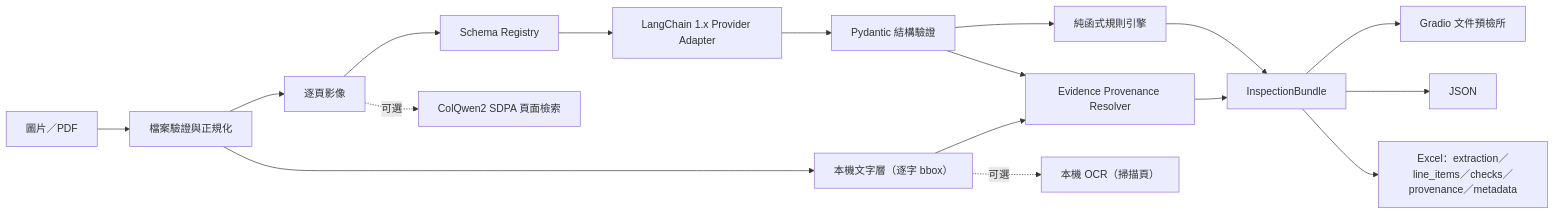
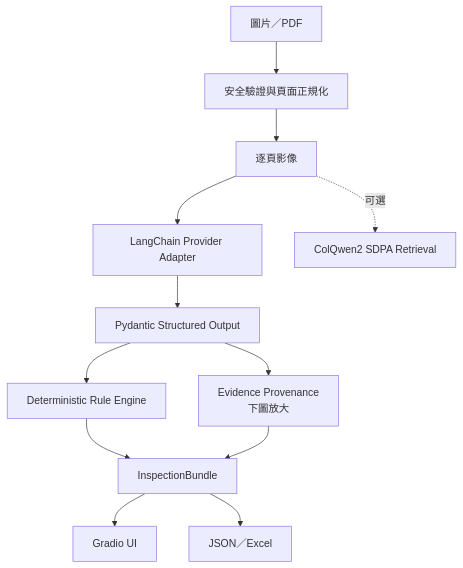
Before and after one commit to kuotunyu/doc-inspector: the first of 2 diagrams in README.md, drawn with Mermaid. The commit also changed other lines of this file and 1 other file, not shown here.

````diff
--- a/README.md
+++ b/README.md
@@ -59,19 +64,14 @@
 ```mermaid
-flowchart LR
-    A["圖片／PDF"] --> B["檔案驗證與正規化"]
+flowchart TB
+    A["圖片／PDF"] --> B["安全驗證與頁面正規化"]
     B --> C["逐頁影像"]
-    C --> D["Schema Registry"]
-    D --> E["LangChain 1.x Provider Adapter"]
-    E --> F["Pydantic 結構驗證"]
-    F --> G["純函式規則引擎"]
-    B --> M["本機文字層（逐字 bbox）"]
-    F --> N["Evidence Provenance Resolver"]
-    M --> N
-    N --> H
-    G --> H["InspectionBundle"]
-    H --> I["Gradio 文件預檢所"]
-    H --> J["JSON"]
-    H --> K["Excel：extraction／line_items／checks／provenance／metadata"]
-    C -. "可選" .-> L["ColQwen2 SDPA 頁面檢索"]
-    M -. "可選" .-> O["本機 OCR（掃描頁）"]
+    C --> D["LangChain Provider Adapter"]
+    D --> E["Pydantic Structured Output"]
+    E --> F["Deterministic Rule Engine"]
+    E --> G["Evidence Provenance<br/>下圖放大"]
+    F --> H["InspectionBundle"]
+    G --> H
+    H --> I["Gradio UI"]
+    H --> J["JSON／Excel"]
+    C -. "可選" .-> K["ColQwen2 SDPA Retrieval"]
 ```
````
